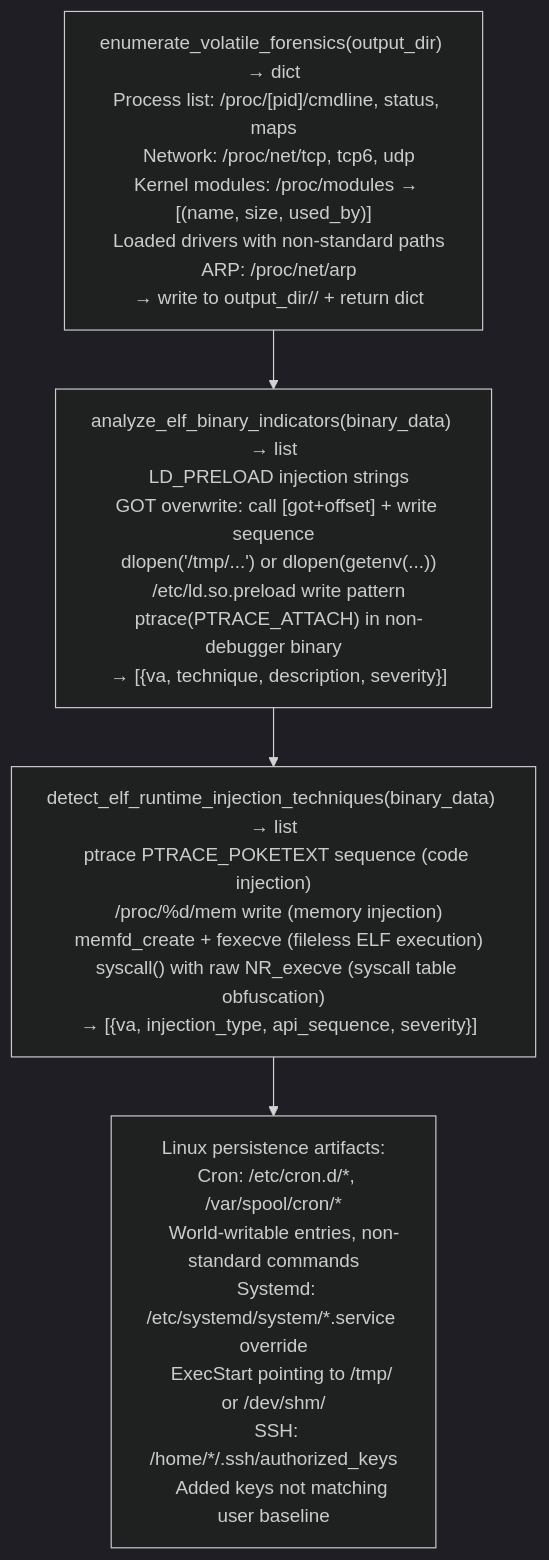
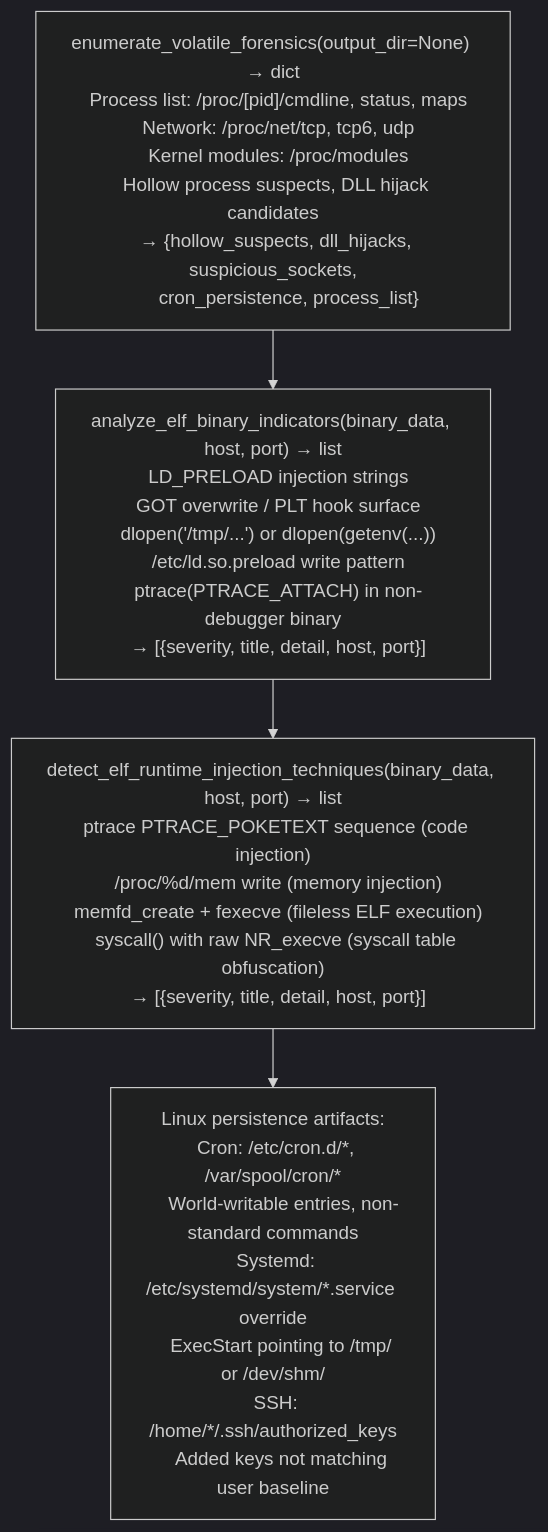
Before and after one commit to Ablation-Tool/ablation: the diagram in docs/reference-modules/volatile-and-linux-artifact-triage.md, drawn with Mermaid (dark theme). The commit also changed other lines of this file and 4 other files, not shown here.

````diff
--- a/docs/reference-modules/volatile-and-linux-artifact-triage.md
+++ b/docs/reference-modules/volatile-and-linux-artifact-triage.md
@@ -19,6 +19,6 @@
 ```mermaid
 flowchart TD
-    A["enumerate_volatile_forensics(output_dir) → dict\n  Process list: /proc/[pid]/cmdline, status, maps\n  Network: /proc/net/tcp, tcp6, udp\n  Kernel modules: /proc/modules → [(name, size, used_by)]\n  Loaded drivers with non-standard paths\n  ARP: /proc/net/arp\n  → write to output_dir/<timestamp>/ + return dict"] --> B["analyze_elf_binary_indicators(binary_data) → list\n  LD_PRELOAD injection strings\n  GOT overwrite: call [got+offset] + write sequence\n  dlopen('/tmp/...') or dlopen(getenv(...))\n  /etc/ld.so.preload write pattern\n  ptrace(PTRACE_ATTACH) in non-debugger binary\n  → [{va, technique, description, severity}]"]
-    B --> C["detect_elf_runtime_injection_techniques(binary_data) → list\n  ptrace PTRACE_POKETEXT sequence (code injection)\n  /proc/%d/mem write (memory injection)\n  memfd_create + fexecve (fileless ELF execution)\n  syscall() with raw NR_execve (syscall table obfuscation)\n  → [{va, injection_type, api_sequence, severity}]"]
+    A["enumerate_volatile_forensics(output_dir=None) → dict\n  Process list: /proc/[pid]/cmdline, status, maps\n  Network: /proc/net/tcp, tcp6, udp\n  Kernel modules: /proc/modules\n  Hollow process suspects, DLL hijack candidates\n  → {hollow_suspects, dll_hijacks, suspicious_sockets,\n      cron_persistence, process_list}"] --> B["analyze_elf_binary_indicators(binary_data, host, port) → list\n  LD_PRELOAD injection strings\n  GOT overwrite / PLT hook surface\n  dlopen('/tmp/...') or dlopen(getenv(...))\n  /etc/ld.so.preload write pattern\n  ptrace(PTRACE_ATTACH) in non-debugger binary\n  → [{severity, title, detail, host, port}]"]
+    B --> C["detect_elf_runtime_injection_techniques(binary_data, host, port) → list\n  ptrace PTRACE_POKETEXT sequence (code injection)\n  /proc/%d/mem write (memory injection)\n  memfd_create + fexecve (fileless ELF execution)\n  syscall() with raw NR_execve (syscall table obfuscation)\n  → [{severity, title, detail, host, port}]"]
     C --> D["Linux persistence artifacts:\n  Cron: /etc/cron.d/*, /var/spool/cron/*\n    World-writable entries, non-standard commands\n  Systemd: /etc/systemd/system/*.service override\n    ExecStart pointing to /tmp/ or /dev/shm/\n  SSH: /home/*/.ssh/authorized_keys\n    Added keys not matching user baseline"]
 ```
````
